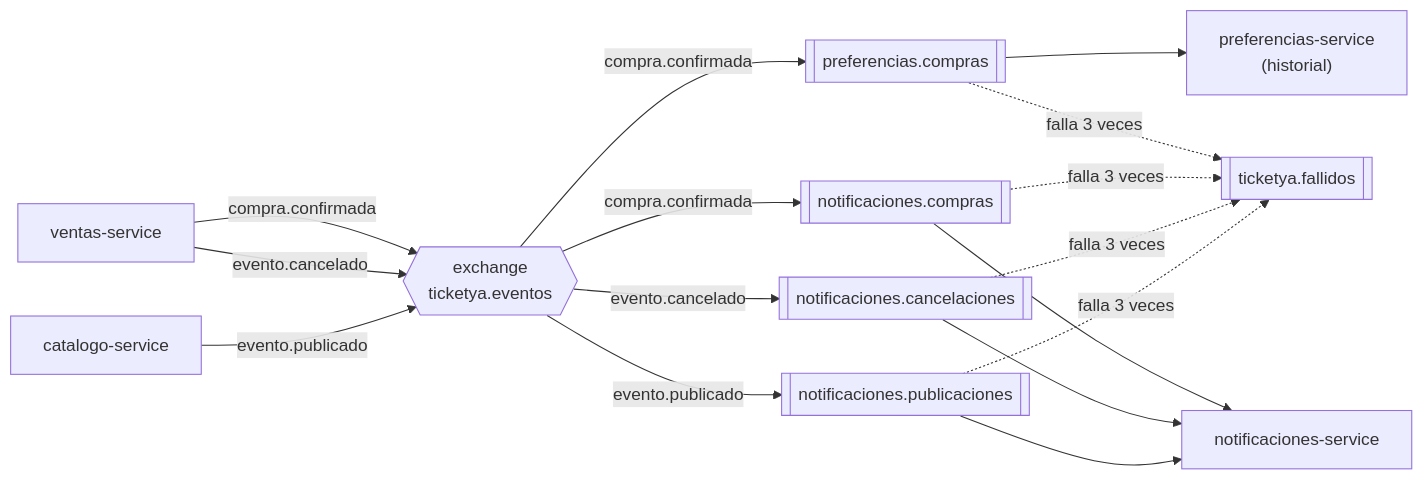
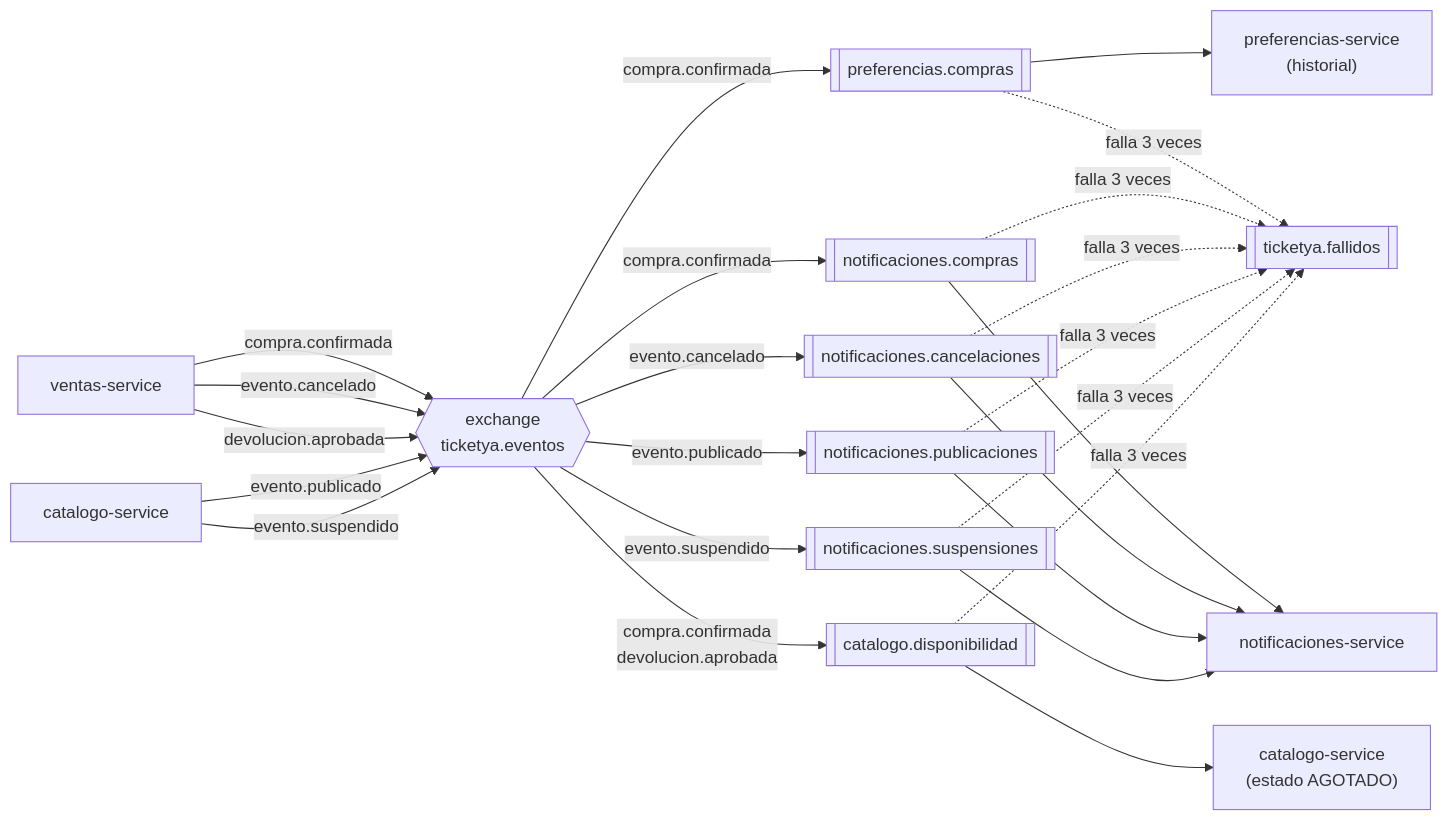
The third of 6 diagrams in EntregasTpEspecial/docs/02-arquitectura.md (JonathanUgarte/Arquitecturas-Web-Grupo2), drawn with Mermaid before and after one commit. The commit also changed other lines of this file and 26 other files, not shown here.

````diff
--- a/EntregasTpEspecial/docs/02-arquitectura.md
+++ b/EntregasTpEspecial/docs/02-arquitectura.md
@@ -265,11 +288,15 @@
 ```mermaid
 flowchart LR
     V["ventas-service"] -->|"compra.confirmada"| X{{"exchange<br/>ticketya.eventos"}}
     V -->|"evento.cancelado"| X
+    V -->|"devolucion.aprobada"| X
     C["catalogo-service"] -->|"evento.publicado"| X
+    C -->|"evento.suspendido"| X
     X -->|"compra.confirmada"| Q1[["preferencias.compras"]] --> P["preferencias-service<br/>(historial)"]
     X -->|"compra.confirmada"| Q2[["notificaciones.compras"]] --> N["notificaciones-service"]
     X -->|"evento.cancelado"| Q3[["notificaciones.cancelaciones"]] --> N
     X -->|"evento.publicado"| Q4[["notificaciones.publicaciones"]] --> N
-    Q1 & Q2 & Q3 & Q4 -.->|"falla 3 veces"| DLQ[["ticketya.fallidos"]]
+    X -->|"evento.suspendido"| Q5[["notificaciones.suspensiones"]] --> N
+    X -->|"compra.confirmada<br/>devolucion.aprobada"| Q6[["catalogo.disponibilidad"]] --> C2["catalogo-service<br/>(estado AGOTADO)"]
+    Q1 & Q2 & Q3 & Q4 & Q5 & Q6 -.->|"falla 3 veces"| DLQ[["ticketya.fallidos"]]
 ```
````
